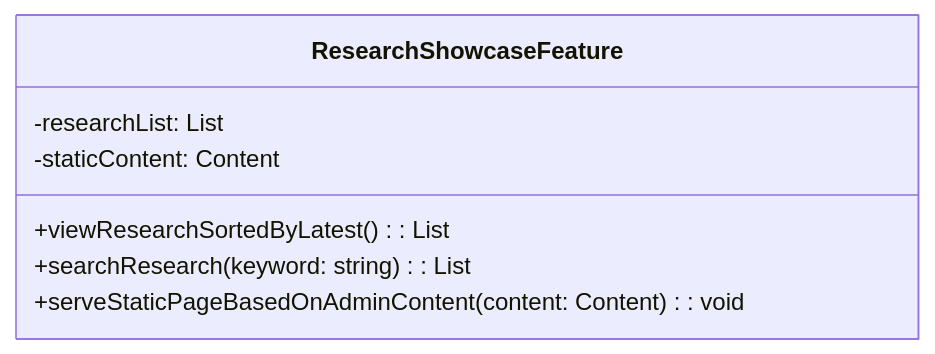
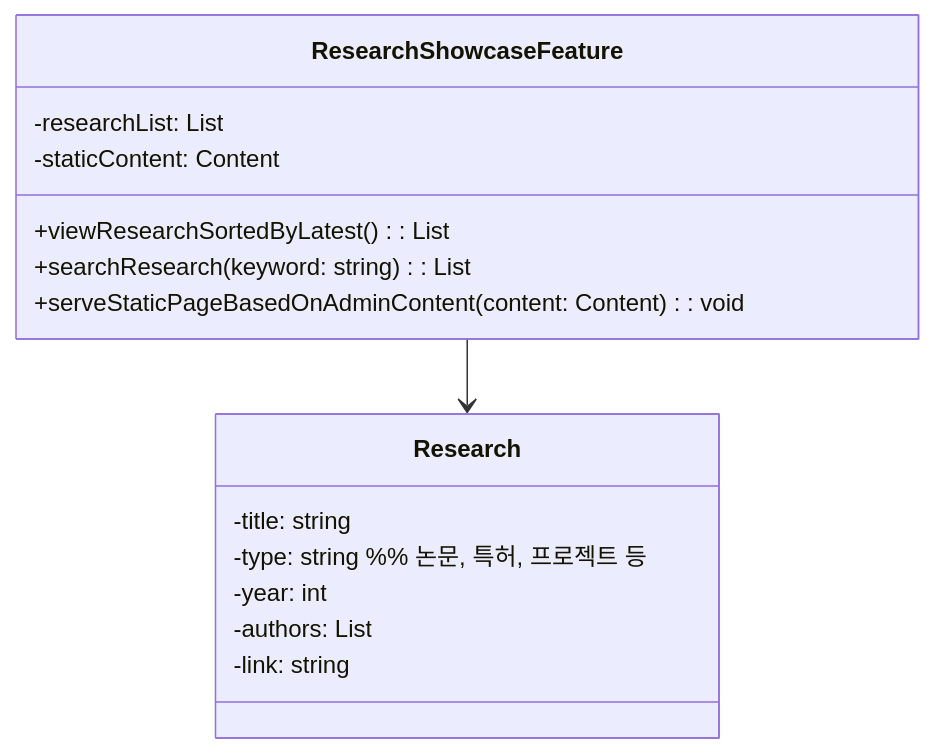
The fifth of 11 diagrams in 2. Design/Software Design Documents.md (sun922/University-SoftwareDesign), drawn with Mermaid before and after one commit. The commit also changed other lines of this file, not shown here.

Commit message:
클래스 다이어그램 누락된거 수정

````diff
--- a/2. Design/Software Design Documents.md
+++ b/2. Design/Software Design Documents.md
@@ -495,11 +500,21 @@
 ```mermaid
 classDiagram
 class ResearchShowcaseFeature {
-        -researchList: List
-        -staticContent: Content
+    -researchList: List<Research>
+    -staticContent: Content
 
-        +viewResearchSortedByLatest(): List
-        +searchResearch(keyword: string): List
-        +serveStaticPageBasedOnAdminContent(content: Content): void
-    }
+    +viewResearchSortedByLatest(): List<Research>
+    +searchResearch(keyword: string): List<Research>
+    +serveStaticPageBasedOnAdminContent(content: Content): void
+}
+
+class Research {
+    -title: string
+    -type: string  %% 논문, 특허, 프로젝트 등
+    -year: int
+    -authors: List<string>
+    -link: string
+}
+
+ResearchShowcaseFeature --> Research
 ```
````
